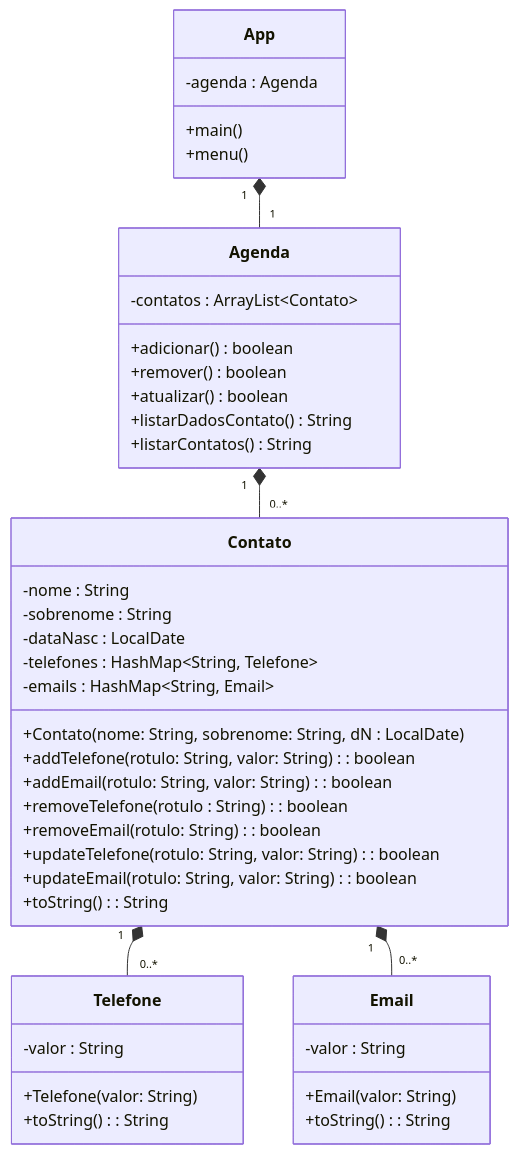
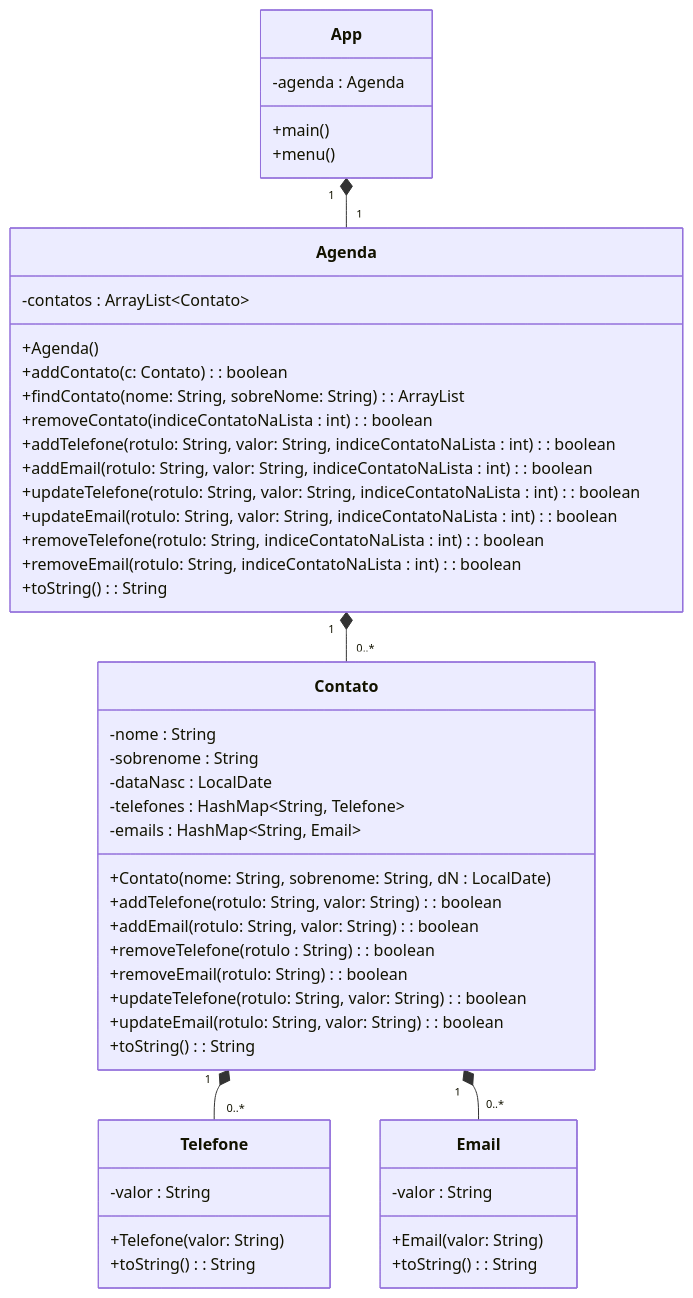
One commit to LuisEAbreu/poo changed the diagram in aulas/2026-10-05/projeto02/README.md. Above: the diagram before and after it, drawn with Mermaid.

Commit message:
Atualizando métodos da classe Agenda na UML

````diff
--- a/aulas/2026-10-05/projeto02/README.md
+++ b/aulas/2026-10-05/projeto02/README.md
@@ -17,52 +17,59 @@
 ```mermaid
     classDiagram
         
         class App{
             -agenda : Agenda
             +main()
             +menu()
         }
         
         class Agenda{ 
             -contatos : ArrayList~Contato~
-            +adicionar() boolean
-            +remover() boolean
-            +atualizar() boolean
-            +listarDadosContato() String
-            +listarContatos() String
+            
+            +Agenda()
+            +addContato(c: Contato): boolean
+            +findContato(nome: String, sobreNome: String): ArrayList<Contato>
+            +removeContato(indiceContatoNaLista : int): boolean
+            +addTelefone(rotulo: String, valor: String, indiceContatoNaLista : int): boolean
+            +addEmail(rotulo: String, valor: String, indiceContatoNaLista : int): boolean
+            +updateTelefone(rotulo: String, valor: String, indiceContatoNaLista : int): boolean
+            +updateEmail(rotulo: String, valor: String, indiceContatoNaLista : int): boolean
+            +removeTelefone(rotulo: String, indiceContatoNaLista : int): boolean
+            +removeEmail(rotulo: String, indiceContatoNaLista : int): boolean
+            +toString(): String
         }
         
         class Contato{
             -nome : String
             -sobrenome : String
             -dataNasc : LocalDate
             -telefones : HashMap~String, Telefone~
             -emails : HashMap~String, Email~
 
             +Contato(nome: String, sobrenome: String, dN : LocalDate)
             +addTelefone(rotulo: String, valor: String): boolean
             +addEmail(rotulo: String, valor: String): boolean
             +removeTelefone(rotulo : String): boolean
             +removeEmail(rotulo: String): boolean
             +updateTelefone(rotulo: String, valor: String): boolean
             +updateEmail(rotulo: String, valor: String): boolean
             +toString(): String
         }
         
         class Telefone{
             -valor : String
             +Telefone(valor: String)
             +toString(): String
         }
 
         class Email{ 
             -valor : String
             +Email(valor: String)
             +toString(): String
         }
         
         App "1" *-- "1" Agenda
         Agenda "1" *-- "0..*" Contato
         Contato "1" *-- "0..*" Telefone
         Contato "1" *-- "0..*" Email
 ```
````
